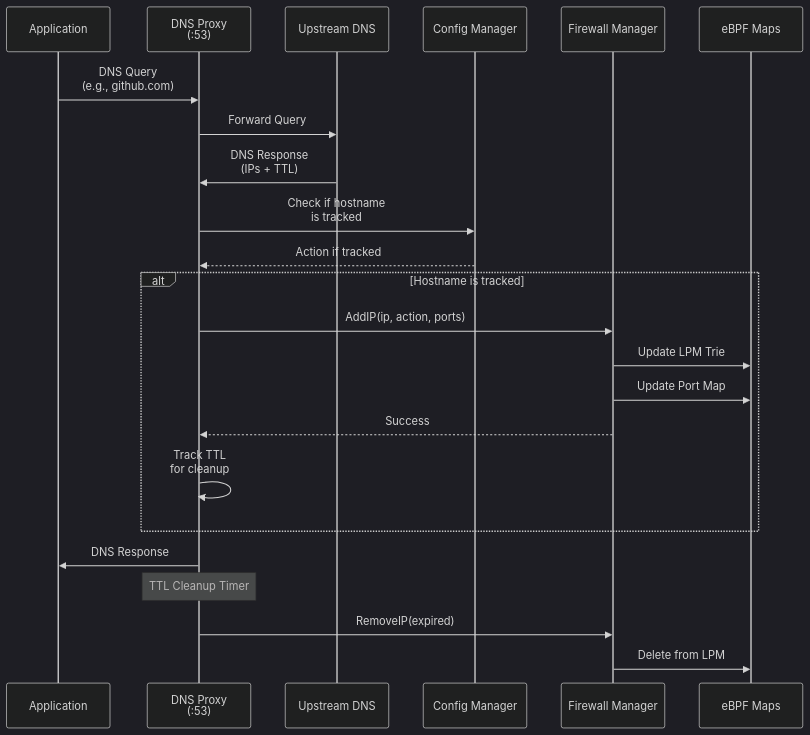
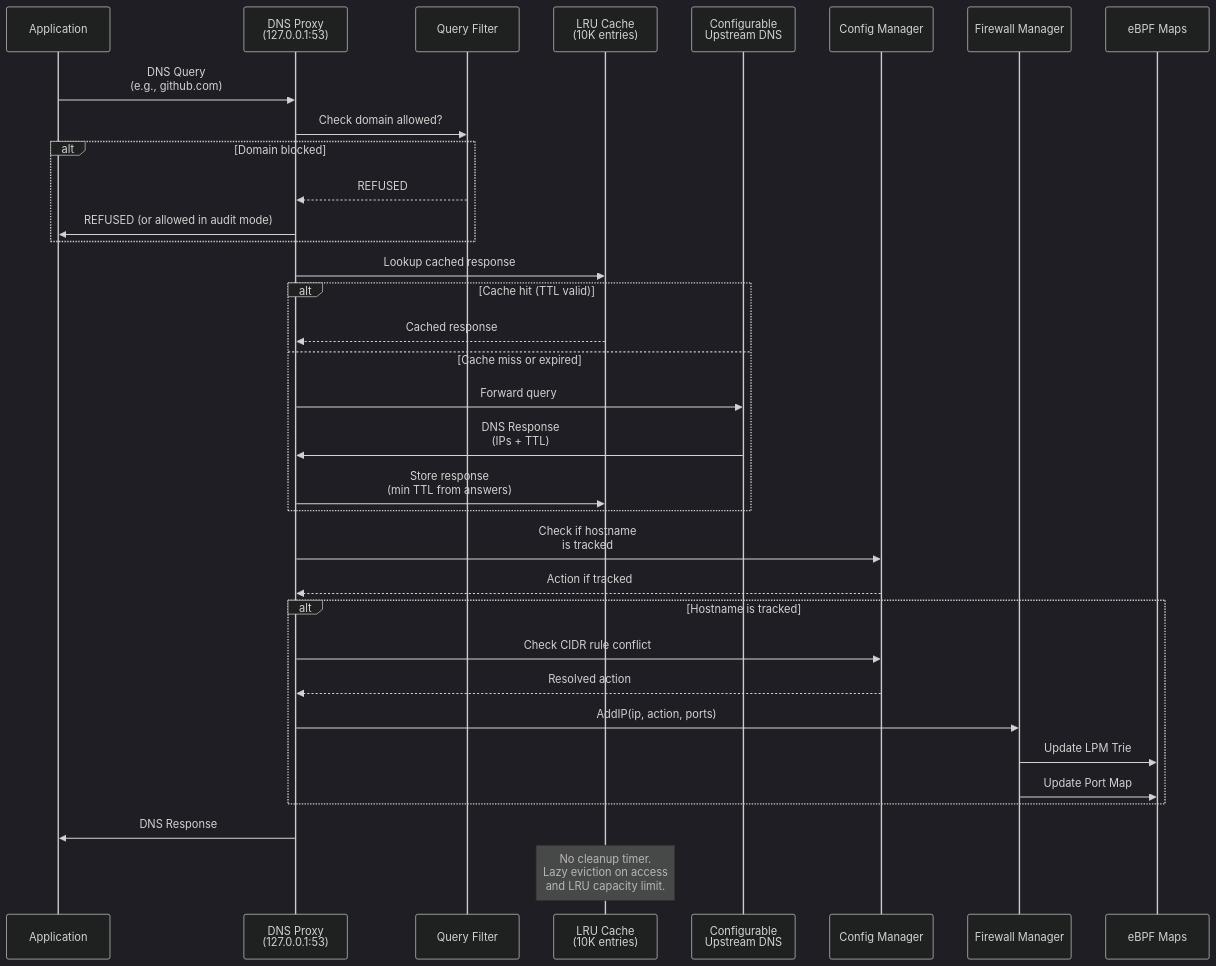
One commit to code-cargo/cargowall changed the sixth of 6 diagrams in design.md. Above: the diagram before and after it, drawn with Mermaid (dark theme). The commit also changed other lines of this file and 64 other files, not shown here.

````diff
--- a/design.md
+++ b/design.md
@@ -174,29 +291,44 @@
 ```mermaid
 sequenceDiagram
     participant App as Application
-    participant DNS as DNS Proxy<br/>(:53)
-    participant UP as Upstream DNS
+    participant DNS as DNS Proxy<br/>(127.0.0.1:53)
+    participant QF as Query Filter
+    participant Cache as LRU Cache<br/>(10K entries)
+    participant UP as Configurable<br/>Upstream DNS
     participant CM as Config Manager
     participant FW as Firewall Manager
     participant BPF as eBPF Maps
 
     App->>DNS: DNS Query<br/>(e.g., github.com)
-    DNS->>UP: Forward Query
-    UP->>DNS: DNS Response<br/>(IPs + TTL)
+
+    DNS->>QF: Check domain allowed?
+    alt Domain blocked
+        QF-->>DNS: REFUSED
+        DNS->>App: REFUSED (or allowed in audit mode)
+    end
+
+    DNS->>Cache: Lookup cached response
+    alt Cache hit (TTL valid)
+        Cache-->>DNS: Cached response
+    else Cache miss or expired
+        DNS->>UP: Forward query
+        UP->>DNS: DNS Response<br/>(IPs + TTL)
+        DNS->>Cache: Store response<br/>(min TTL from answers)
+    end
+
     DNS->>CM: Check if hostname<br/>is tracked
     CM-->>DNS: Action if tracked
 
     alt Hostname is tracked
+        DNS->>CM: Check CIDR rule conflict
+        CM-->>DNS: Resolved action
+
         DNS->>FW: AddIP(ip, action, ports)
         FW->>BPF: Update LPM Trie
         FW->>BPF: Update Port Map
-        FW-->>DNS: Success
-        DNS->>DNS: Track TTL<br/>for cleanup
     end
 
     DNS->>App: DNS Response
 
-    Note over DNS: TTL Cleanup Timer
-    DNS->>FW: RemoveIP(expired)
-    FW->>BPF: Delete from LPM
+    Note over Cache: No cleanup timer.<br/>Lazy eviction on access<br/>and LRU capacity limit.
 ```
````
